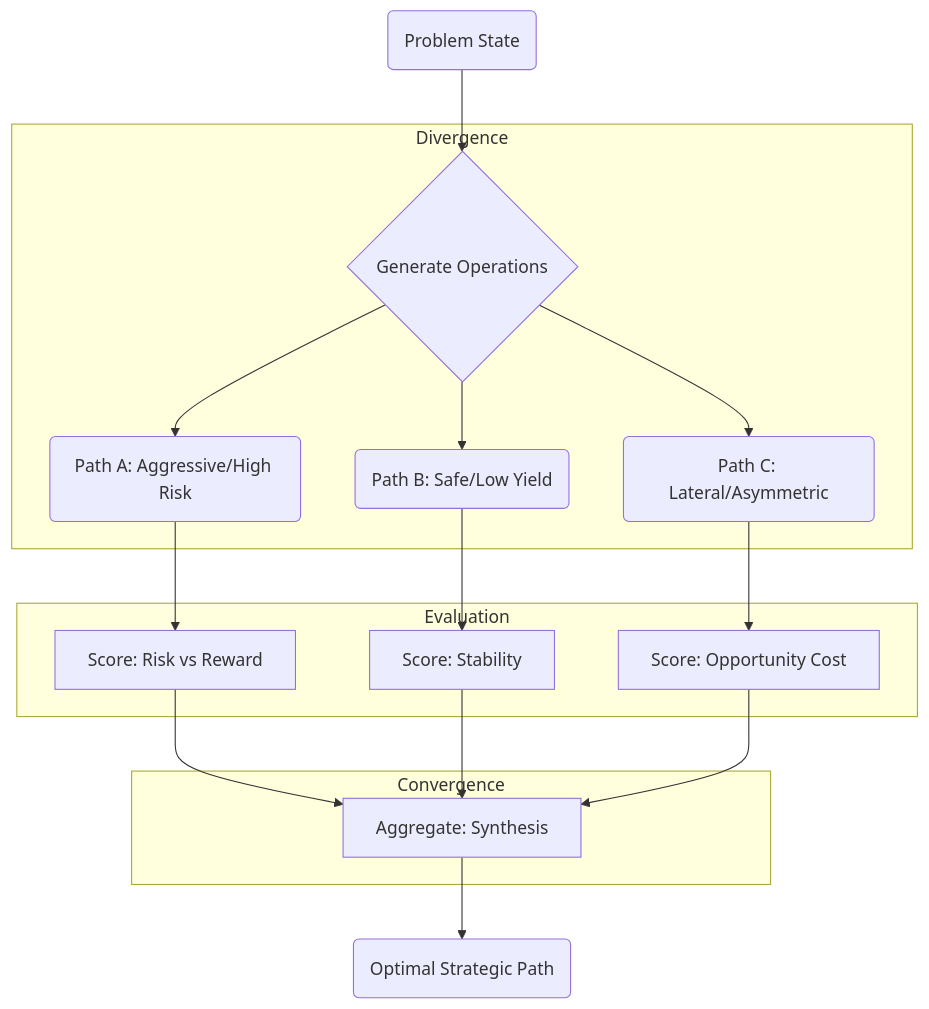
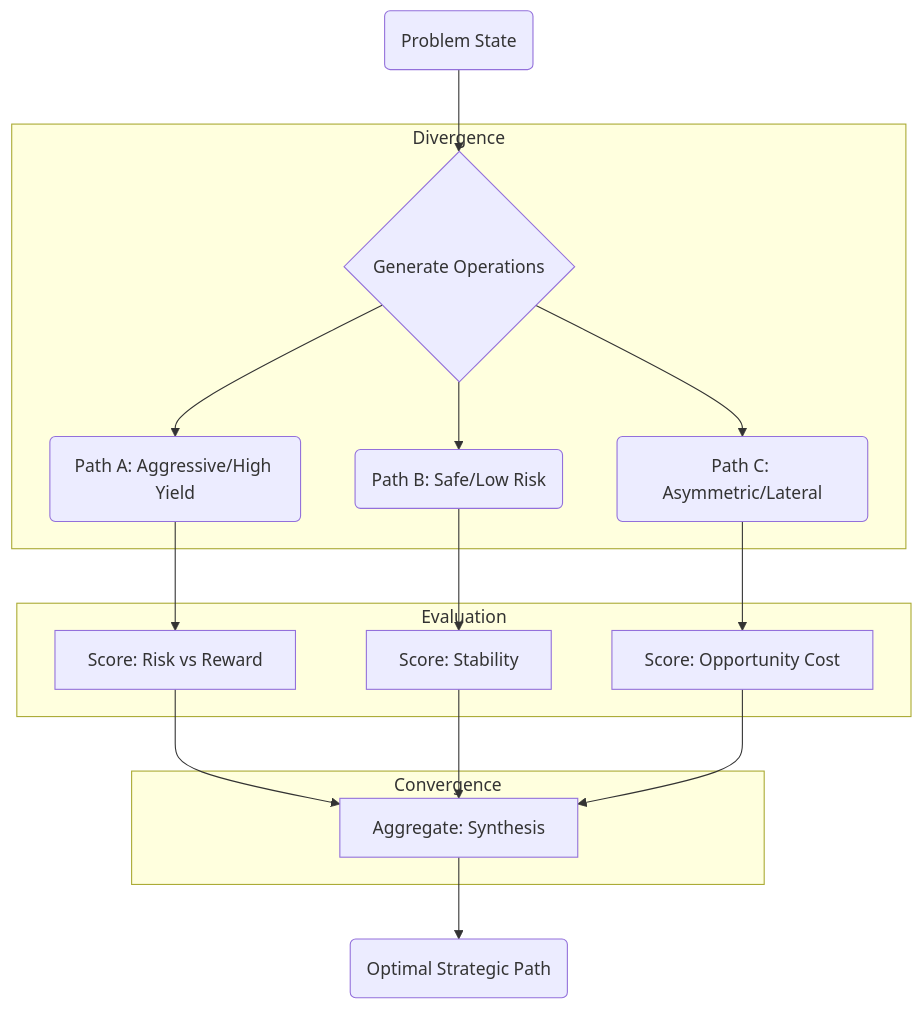
Before and after one commit to agent-memory-atlas-archive/winstonkoh87--Athena-Public: the diagram in examples/protocols/decision/DEC-137-graph-of-thoughts.md, drawn with Mermaid. The commit also changed other lines of this file and 2 other files, not shown here.

Commit message:
docs: consolidate Graph-of-Thoughts to single canonical source of truth RSN-505

````diff
--- a/examples/protocols/decision/DEC-137-graph-of-thoughts.md
+++ b/examples/protocols/decision/DEC-137-graph-of-thoughts.md
@@ -36,22 +33,22 @@
 ```mermaid
 graph TD
     Node1(Problem State) --> Gen{Generate Operations}
     
     subgraph Divergence
-        Gen --> PathA(Path A: Aggressive/High Risk)
-        Gen --> PathB(Path B: Safe/Low Yield)
-        Gen --> PathC(Path C: Lateral/Asymmetric)
+        Gen --> PathA(Path A: Aggressive/High Yield)
+        Gen --> PathB(Path B: Safe/Low Risk)
+        Gen --> PathC(Path C: Asymmetric/Lateral)
     end
     
     subgraph Evaluation
         PathA --> ScoreA[Score: Risk vs Reward]
         PathB --> ScoreB[Score: Stability]
         PathC --> ScoreC[Score: Opportunity Cost]
     end
     
     subgraph Convergence
         ScoreA & ScoreB & ScoreC --> Agg[Aggregate: Synthesis]
     end
     
     Agg --> Final(Optimal Strategic Path)
 ```
````
